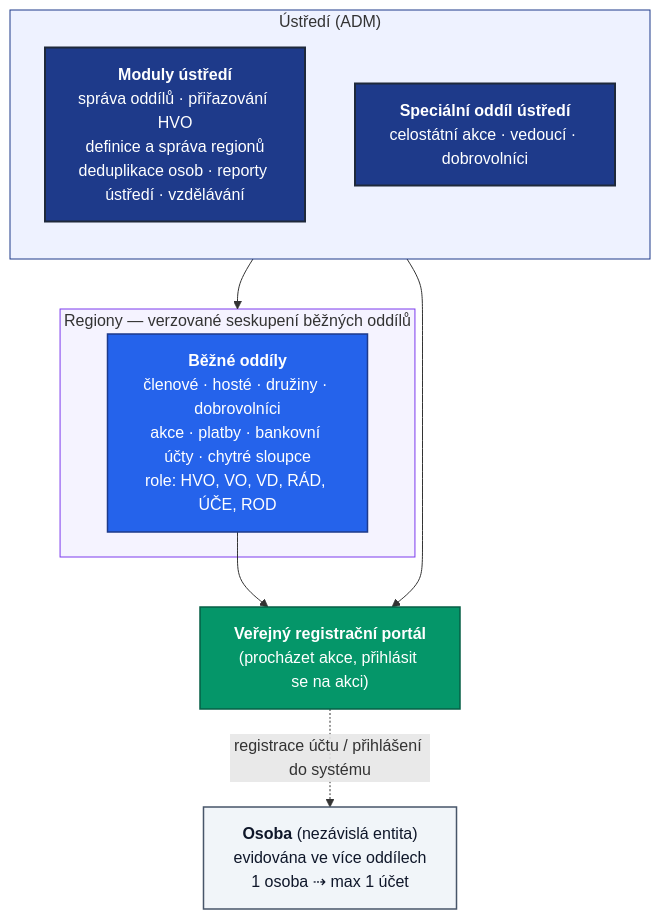
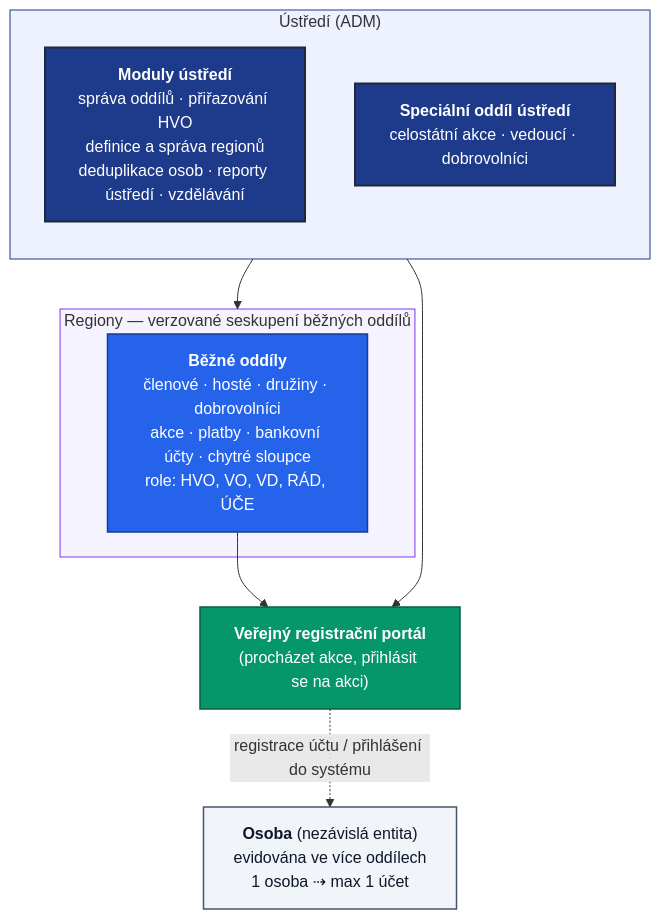
The first of 2 diagrams in README.md (jendamozna/du-doc), drawn with Mermaid before and after one commit. The commit also changed other lines of this file, not shown here.

Commit message:
er cleanup

````diff
--- a/README.md
+++ b/README.md
@@ -13,33 +13,33 @@
 ```mermaid
 flowchart TD
     subgraph USTREDI["Ústředí (ADM)"]
         direction TB
         MODULY["<b>Moduly ústředí</b><br/>správa oddílů · přiřazování HVO<br/>definice a správa regionů<br/>deduplikace osob · reporty ústředí · vzdělávání"]
         USTODD["<b>Speciální oddíl ústředí</b><br/>celostátní akce · vedoucí · dobrovolníci"]
     end
 
     subgraph REGIONY["Regiony — verzované seskupení běžných oddílů"]
-        ODDILY["<b>Běžné oddíly</b><br/>členové · hosté · družiny · dobrovolníci<br/>akce · platby · bankovní účty · chytré sloupce<br/>role: HVO, VO, VD, RÁD, ÚČE, ROD"]
+        ODDILY["<b>Běžné oddíly</b><br/>členové · hosté · družiny · dobrovolníci<br/>akce · platby · bankovní účty · chytré sloupce<br/>role: HVO, VO, VD, RÁD, ÚČE"]
     end
 
     PORTAL["<b>Veřejný registrační portál</b><br/>(procházet akce, přihlásit se na akci)"]
     OSOBA["<b>Osoba</b> (nezávislá entita)<br/>evidována ve více oddílech<br />1 osoba ⇢ max 1 účet"]
 
     MODULY --> REGIONY
     USTODD --> PORTAL
     ODDILY --> PORTAL
     PORTAL -. "registrace účtu / přihlášení do systému" .-> OSOBA
 
     classDef modul fill:#1e3a8a,stroke:#1e293b,stroke-width:2px,color:#ffffff;
     classDef oddil fill:#2563eb,stroke:#1e3a8a,stroke-width:1.5px,color:#ffffff;
     classDef portal fill:#059669,stroke:#065f46,stroke-width:1.5px,color:#ffffff;
     classDef osoba fill:#f1f5f9,stroke:#475569,stroke-width:1.5px,color:#0f172a;
 
     class MODULY,USTODD modul;
     class ODDILY oddil;
     class PORTAL portal;
     class OSOBA osoba;
 
     style USTREDI fill:#eef2ff,stroke:#1e3a8a,stroke-width:1px;
     style REGIONY fill:#f5f3ff,stroke:#7c3aed,stroke-width:1px;
 ```
````
